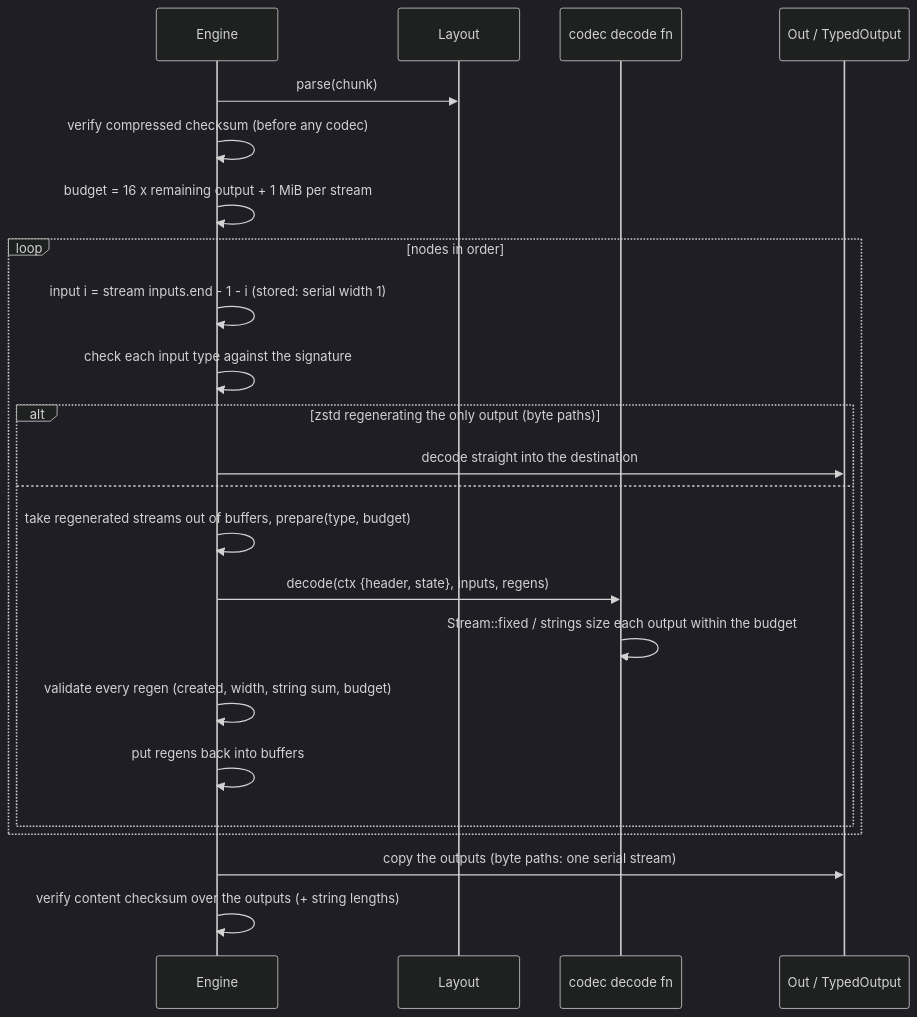
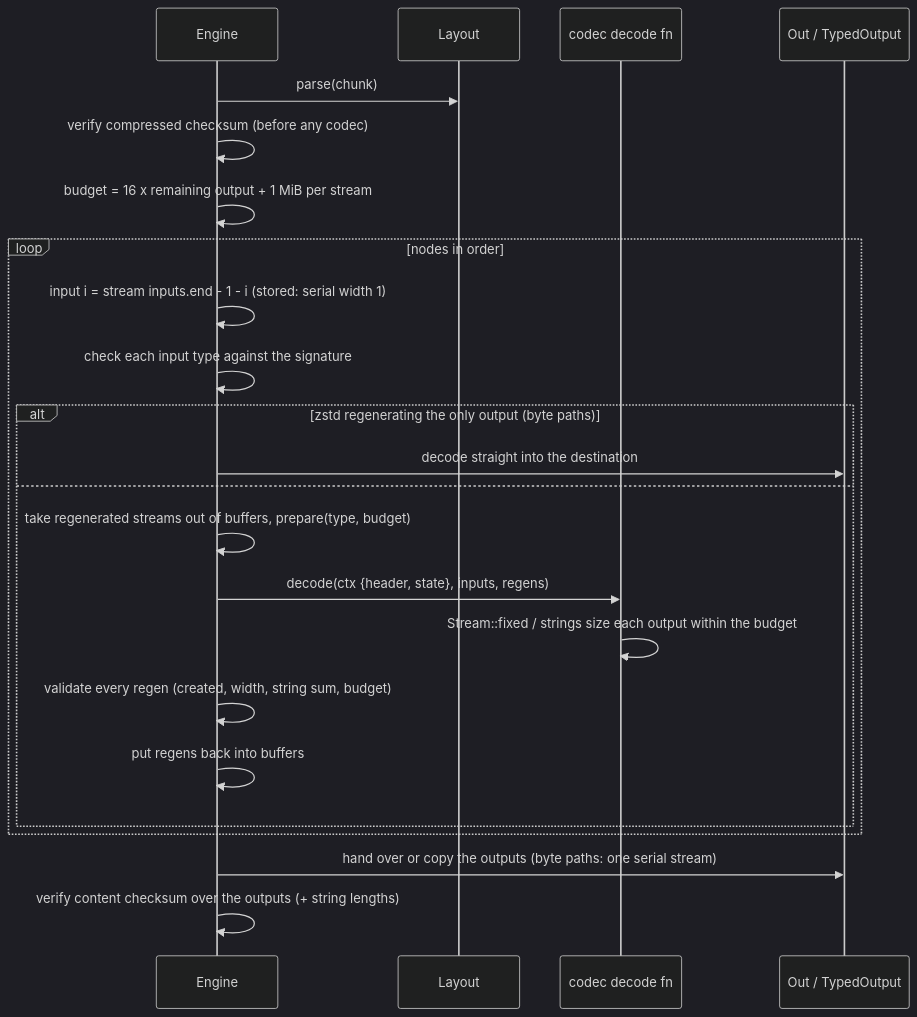
One commit to M-Compressors/mopenzl changed the third of 7 diagrams in architecture/decompressor.md. Above: the diagram before and after it, drawn with Mermaid (dark theme). The commit also changed other lines of this file and 90 other files, not shown here.

````diff
--- a/architecture/decompressor.md
+++ b/architecture/decompressor.md
@@ -94,25 +94,25 @@
 ```mermaid
 sequenceDiagram
     participant E as Engine
     participant L as Layout
     participant C as codec decode fn
     participant O as Out / TypedOutput
     E->>L: parse(chunk)
     E->>E: verify compressed checksum (before any codec)
     E->>E: budget = 16 x remaining output + 1 MiB per stream
     loop nodes in order
         E->>E: input i = stream inputs.end - 1 - i (stored: serial width 1)
         E->>E: check each input type against the signature
         alt zstd regenerating the only output (byte paths)
             E->>O: decode straight into the destination
         else
             E->>E: take regenerated streams out of buffers, prepare(type, budget)
             E->>C: decode(ctx {header, state}, inputs, regens)
             C->>C: Stream::fixed / strings size each output within the budget
             E->>E: validate every regen (created, width, string sum, budget)
             E->>E: put regens back into buffers
         end
     end
-    E->>O: copy the outputs (byte paths: one serial stream)
+    E->>O: hand over or copy the outputs (byte paths: one serial stream)
     E->>E: verify content checksum over the outputs (+ string lengths)
 ```
````
